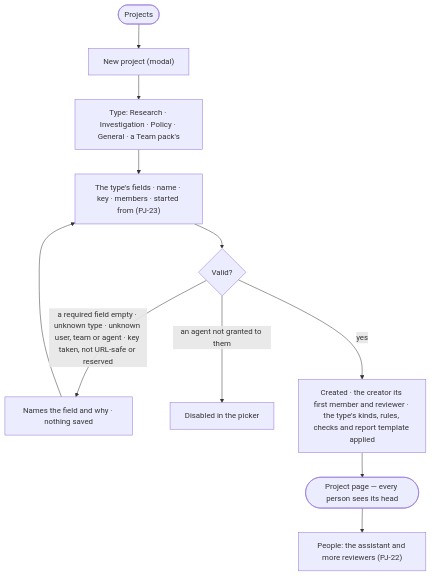
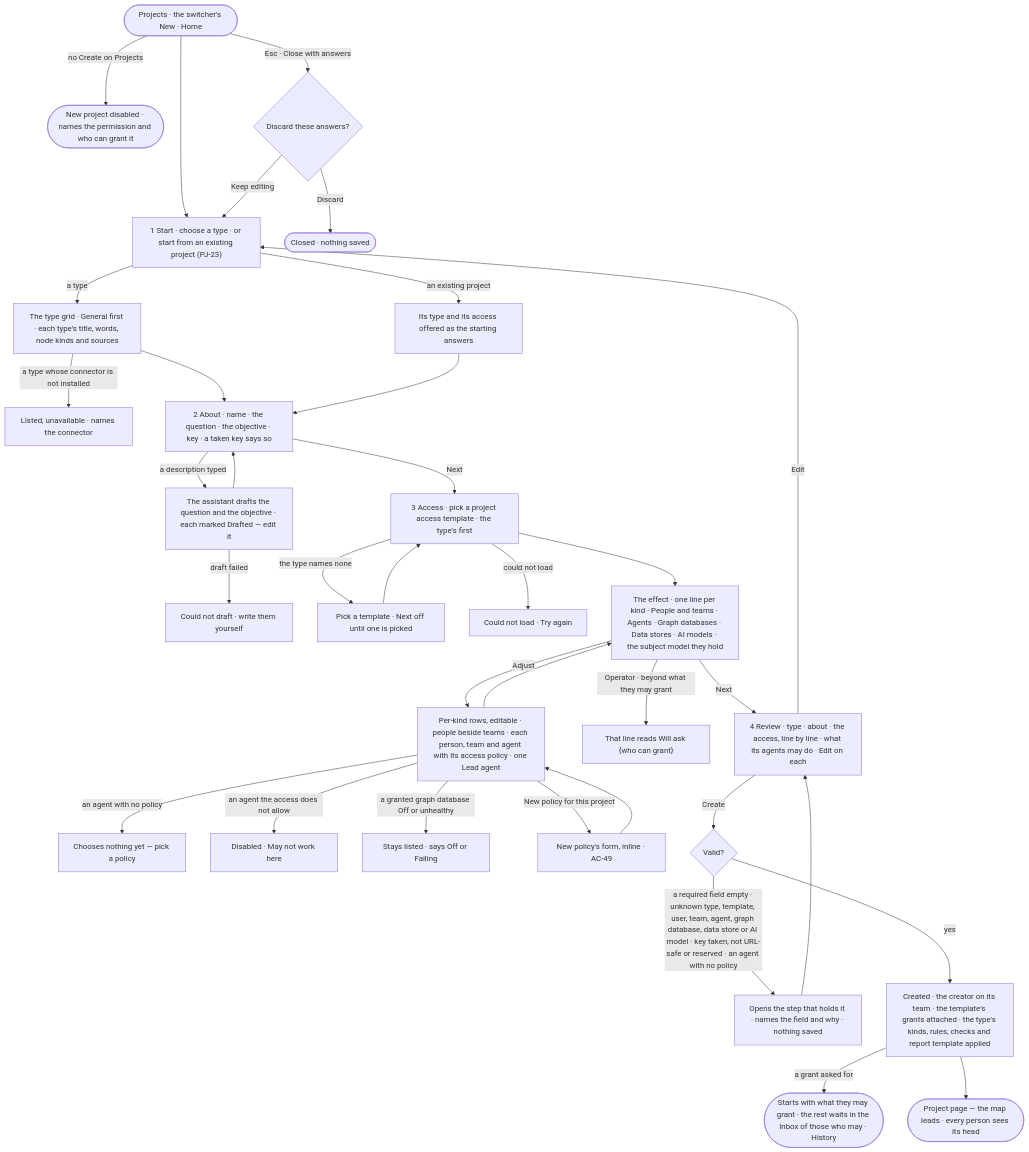
Before and after one commit to invana/invana: the diagram in specs/capabilities/projects/features/PJ-F01-projects-and-tasks/stories/PJ-02-start-a-project-of-its-type/story.md, drawn with Mermaid. The commit also changed other lines of this file and 456 other files, not shown here.

````diff
--- a/specs/capabilities/projects/features/PJ-F01-projects-and-tasks/stories/PJ-02-start-a-project-of-its-type/story.md
+++ b/specs/capabilities/projects/features/PJ-F01-projects-and-tasks/stories/PJ-02-start-a-project-of-its-type/story.md
@@ -30,12 +34,34 @@
 ```mermaid
 flowchart TD
-  s([Projects]) --> n["New project (modal)"]
-  n --> t["Type: Research · Investigation · Policy · General · a Team pack's"]
-  t --> f["The type's fields · name · key · members · started from (PJ-23)"]
-  f --> v{"Valid?"}
-  v -->|a required field empty · unknown type · unknown user, team or agent · key taken, not URL-safe or reserved| ref["Names the field and why · nothing saved"] --> f
-  v -->|an agent not granted to them| na["Disabled in the picker"]
-  v -->|yes| g["Created · the creator its first member and reviewer · the type's kinds, rules, checks and report template applied"]
-  g --> pg(["Project page — every person sees its head"])
-  pg --> ppl["People: the assistant and more reviewers (PJ-22)"]
+  s([Projects · the switcher's New · Home]) -->|no Create on Projects| off(["New project disabled · names the permission and who can grant it"])
+  s --> st["1 Start · choose a type · or start from an existing project (PJ-23)"]
+  st -->|a type| tg["The type grid · General first · each type's title, words, node kinds and sources"]
+  st -->|an existing project| ex["Its type and its access offered as the starting answers"]
+  tg -->|a type whose connector is not installed| tu["Listed, unavailable · names the connector"]
+  tg --> ab
+  ex --> ab["2 About · name · the question · the objective · key · a taken key says so"]
+  ab -->|a description typed| dr["The assistant drafts the question and the objective · each marked Drafted — edit it"]
+  dr -->|draft failed| df["Could not draft · write them yourself"]
+  dr --> ab
+  ab -->|Next| a["3 Access · pick a project access template · the type's first"]
+  a -->|the type names none| pk["Pick a template · Next off until one is picked"] --> a
+  a -->|could not load| cl["Could not load · Try again"]
+  a --> ef["The effect · one line per kind · People and teams · Agents · Graph databases · Data stores · AI models · the subject model they hold"]
+  ef -->|Adjust| adj["Per-kind rows, editable · people beside teams · each person, team and agent with its access policy · one Lead agent"]
+  adj -->|an agent with no policy| np["Chooses nothing yet — pick a policy"]
+  adj -->|an agent the access does not allow| na["Disabled · May not work here"]
+  adj -->|a granted graph database Off or unhealthy| gdo["Stays listed · says Off or Failing"]
+  adj -->|New policy for this project| fm["New policy's form, inline · AC-49"] --> adj
+  ef -->|Operator · beyond what they may grant| ask["That line reads Will ask {who can grant}"]
+  adj --> ef
+  ef -->|Next| r["4 Review · type · about · the access, line by line · what its agents may do · Edit on each"]
+  r -->|Edit| st
+  r -->|Create| v{"Valid?"}
+  v -->|a required field empty · unknown type, template, user, team, agent, graph database, data store or AI model · key taken, not URL-safe or reserved · an agent with no policy| ref["Opens the step that holds it · names the field and why · nothing saved"] --> r
+  v -->|yes| c["Created · the creator on its team · the template's grants attached · the type's kinds, rules, checks and report template applied"]
+  c -->|a grant asked for| pend(["Starts with what they may grant · the rest waits in the Inbox of those who may · History"])
+  c --> pg(["Project page — the map leads · every person sees its head"])
+  s -->|Esc · Close with answers| x{"Discard these answers?"}
+  x -->|Keep editing| st
+  x -->|Discard| out(["Closed · nothing saved"])
 ```
````
